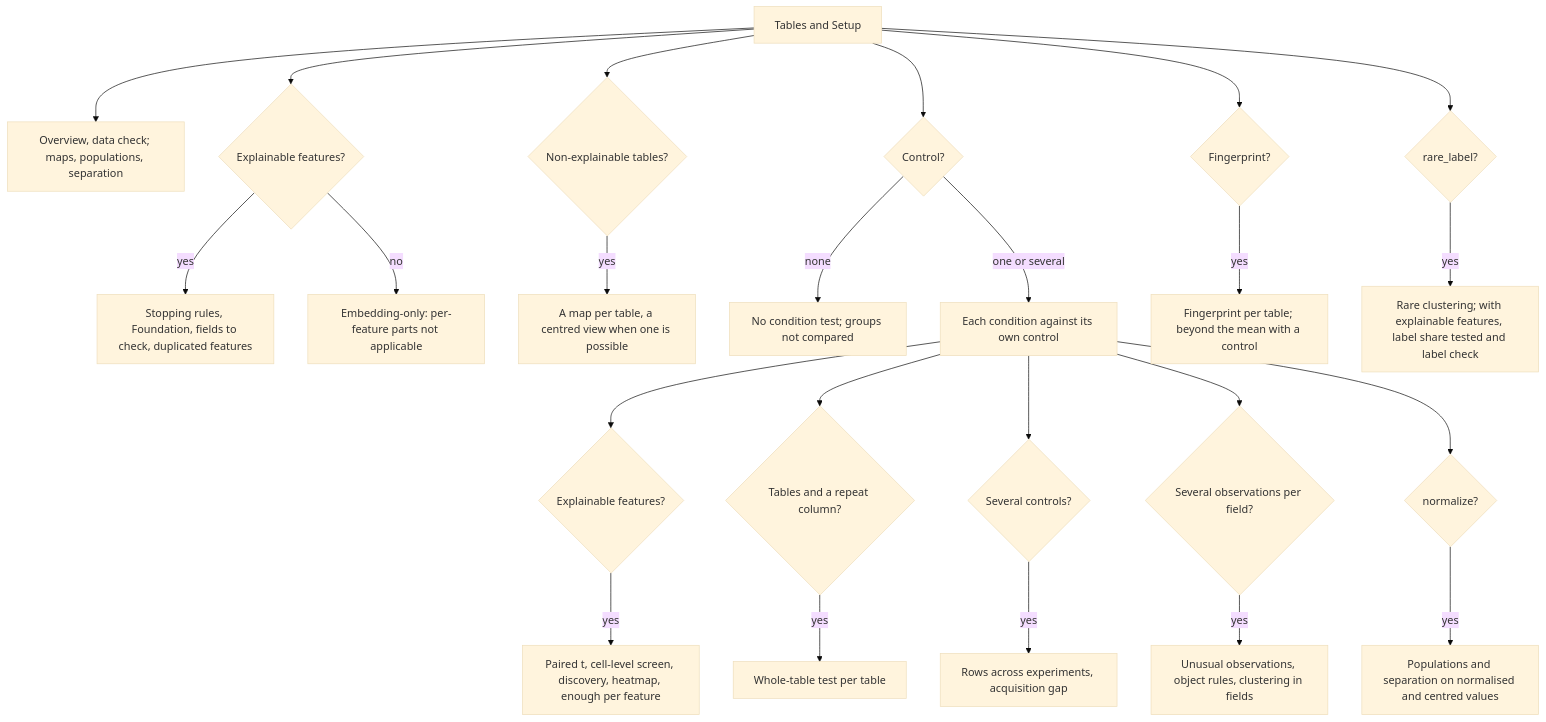
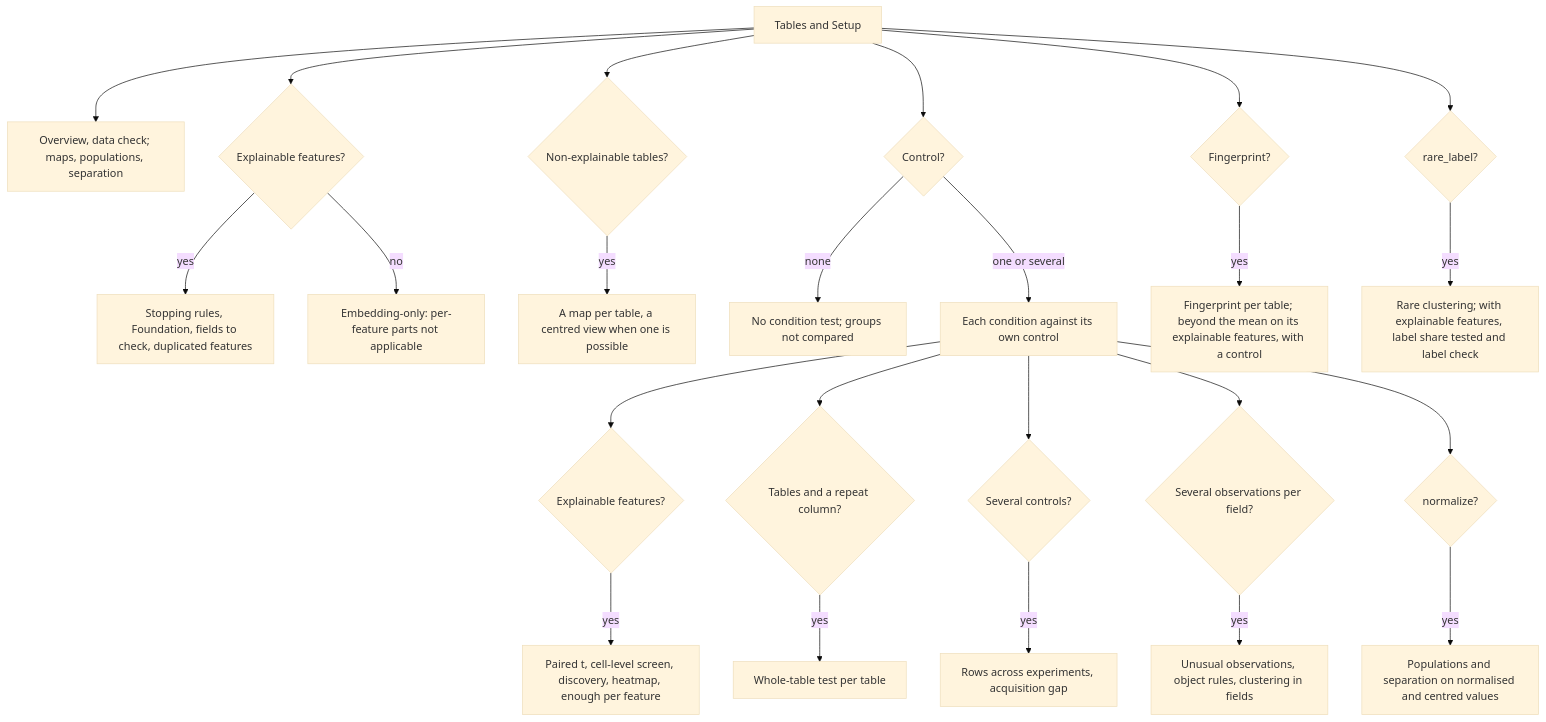
The diagram in docs/common/what_happens.md (CellMigrationLab/MorphoCoverage), drawn with Mermaid (base theme) before and after one commit. The commit also changed other lines of this file and 9 other files, not shown here.

First line of the commit message:
Audit 8: beyond the mean on field-balanced subsamples, on the features the fingerprint reads (A5, seed 10)

````diff
--- a/docs/common/what_happens.md
+++ b/docs/common/what_happens.md
@@ -85,26 +85,26 @@
 ```mermaid
 flowchart TD
     IN["Tables and Setup"] --> ALL["Overview, data check; maps, populations, separation"]
     IN --> EX{"Explainable features?"}
     EX -- "yes" --> RUL["Stopping rules, Foundation, fields to check, duplicated features"]
     EX -- "no" --> EMB["Embedding-only: per-feature parts not applicable"]
     IN --> NE{"Non-explainable tables?"}
     NE -- "yes" --> TAB["A map per table, a centred view when one is possible"]
     IN --> CT{"Control?"}
     CT -- "none" --> NOC["No condition test; groups not compared"]
     CT -- "one or several" --> OWN["Each condition against its own control"]
     OWN --> PF{"Explainable features?"}
     PF -- "yes" --> PFT["Paired t, cell-level screen, discovery, heatmap, enough per feature"]
     OWN --> WT{"Tables and a repeat column?"}
     WT -- "yes" --> WTT["Whole-table test per table"]
     OWN --> SEV{"Several controls?"}
     SEV -- "yes" --> ACR["Rows across experiments, acquisition gap"]
     OWN --> ONE{"Several observations per field?"}
     ONE -- "yes" --> UNU["Unusual observations, object rules, clustering in fields"]
     OWN --> NRM{"normalize?"}
     NRM -- "yes" --> NV["Populations and separation on normalised and centred values"]
     IN --> FP{"Fingerprint?"}
-    FP -- "yes" --> FPT["Fingerprint per table; beyond the mean with a control"]
+    FP -- "yes" --> FPT["Fingerprint per table; beyond the mean on its explainable features, with a control"]
     IN --> LB{"rare_label?"}
     LB -- "yes" --> LBT["Rare clustering; with explainable features, label share tested and label check"]
 ```
````
